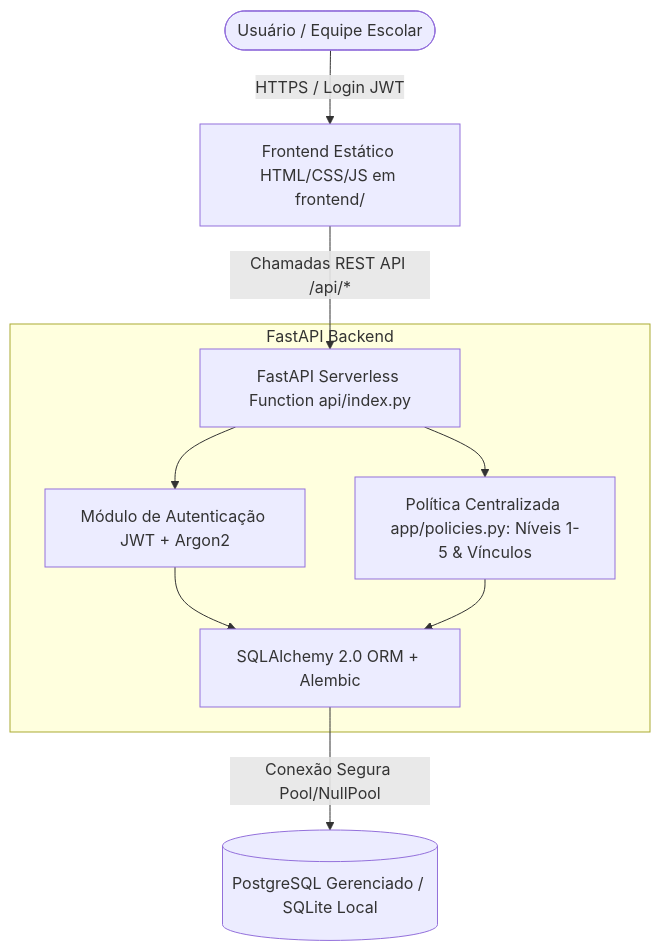
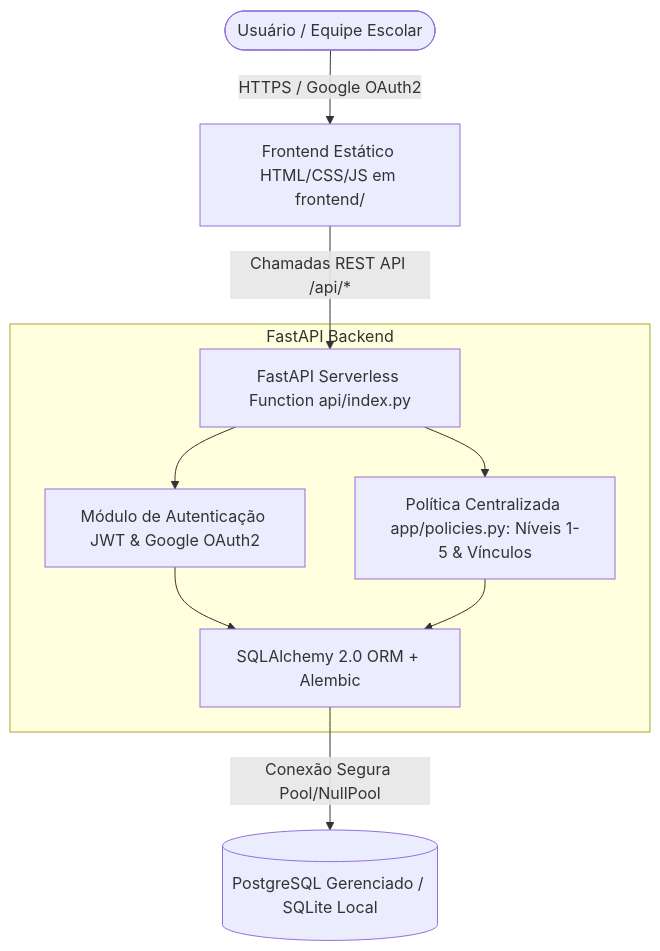
The first of 2 diagrams in docs/arq-decisoes-final.md (regi-lpf/compedu), drawn with Mermaid before and after one commit. The commit also changed other lines of this file and 15 other files, not shown here.

Commit message:
Restaura autenticacao Google OAuth2 mantendo publicacao no mural aberta a todos os perfis por nivel

````diff
--- a/docs/arq-decisoes-final.md
+++ b/docs/arq-decisoes-final.md
@@ -39,14 +39,14 @@
 ```mermaid
 graph TD
-    User([Usuário / Equipe Escolar]) -->|HTTPS / Login JWT| Vercel[Frontend Estático HTML/CSS/JS em frontend/]
+    User([Usuário / Equipe Escolar]) -->|HTTPS / Google OAuth2| Vercel[Frontend Estático HTML/CSS/JS em frontend/]
     Vercel -->|Chamadas REST API /api/*| FastAPI[FastAPI Serverless Function api/index.py]
     
     subgraph FastAPI Backend
-        FastAPI --> Auth[Módulo de Autenticação JWT + Argon2]
+        FastAPI --> Auth[Módulo de Autenticação JWT & Google OAuth2]
         FastAPI --> RBAC[Política Centralizada app/policies.py: Níveis 1-5 & Vínculos]
         Auth --> ORM[SQLAlchemy 2.0 ORM + Alembic]
         RBAC --> ORM
     end
 
     ORM -->|Conexão Segura Pool/NullPool| DB[(PostgreSQL Gerenciado / SQLite Local)]
 ```
````
